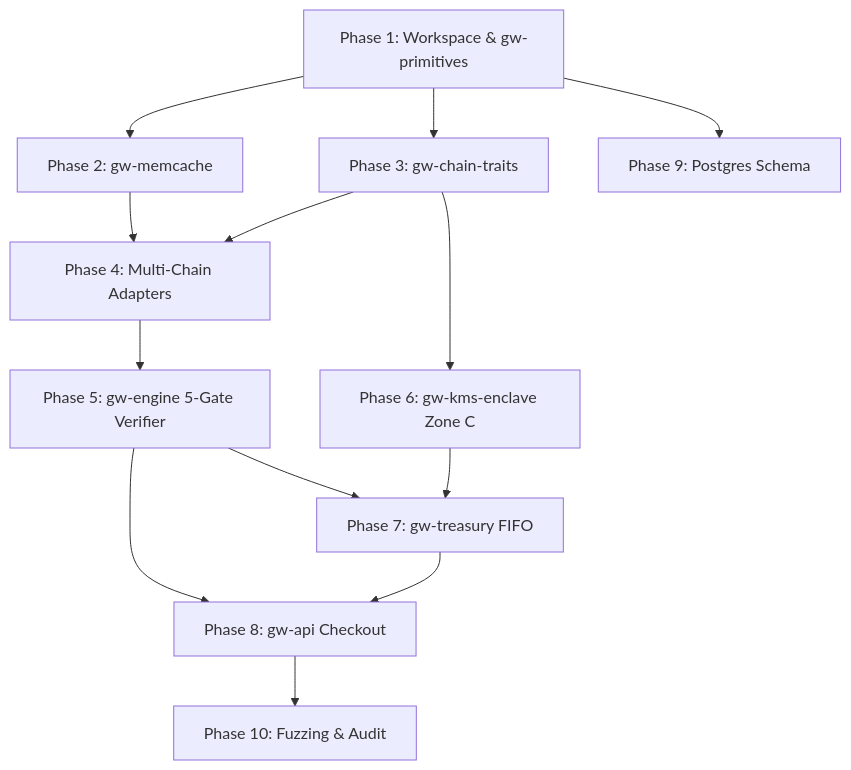
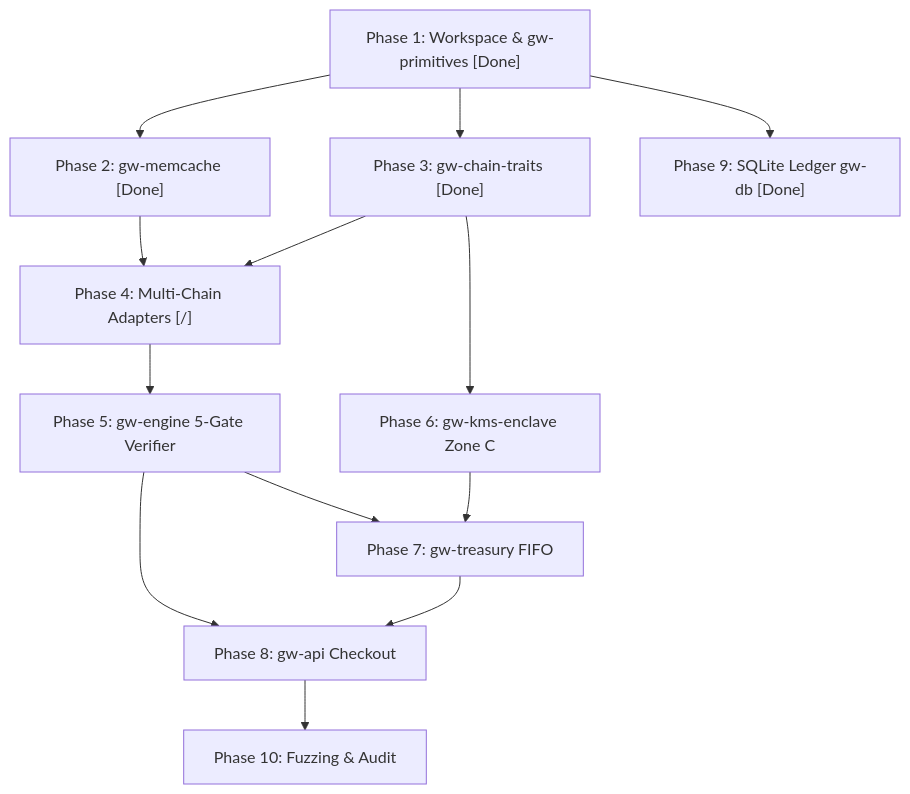
Before and after one commit to Kurisuma/gateway-crypto: the diagram in tasks.md, drawn with Mermaid. The commit also changed other lines of this file and 1 other file, not shown here.

Commit message:
docs: enforce mandatory mathematical theory audit gate across all phases in AGENTS.md and tasks.md

````diff
--- a/tasks.md
+++ b/tasks.md
@@ -276,15 +325,15 @@
 ```mermaid
 flowchart TD
-    P1[Phase 1: Workspace & gw-primitives] --> P2[Phase 2: gw-memcache]
-    P1 --> P3[Phase 3: gw-chain-traits]
-    P2 --> P4[Phase 4: Multi-Chain Adapters]
+    P1["Phase 1: Workspace & gw-primitives [Done]"] --> P2["Phase 2: gw-memcache [Done]"]
+    P1 --> P3["Phase 3: gw-chain-traits [Done]"]
+    P1 --> P9["Phase 9: SQLite Ledger gw-db [Done]"]
+    P2 --> P4["Phase 4: Multi-Chain Adapters [/]"]
     P3 --> P4
-    P4 --> P5[Phase 5: gw-engine 5-Gate Verifier]
-    P3 --> P6[Phase 6: gw-kms-enclave Zone C]
-    P5 --> P7[Phase 7: gw-treasury FIFO]
+    P4 --> P5["Phase 5: gw-engine 5-Gate Verifier"]
+    P3 --> P6["Phase 6: gw-kms-enclave Zone C"]
+    P5 --> P7["Phase 7: gw-treasury FIFO"]
     P6 --> P7
-    P5 --> P8[Phase 8: gw-api Checkout]
+    P5 --> P8["Phase 8: gw-api Checkout"]
     P7 --> P8
-    P1 --> P9[Phase 9: Postgres Schema]
-    P8 --> P10[Phase 10: Fuzzing & Audit]
+    P8 --> P10["Phase 10: Fuzzing & Audit"]
 ```
````
